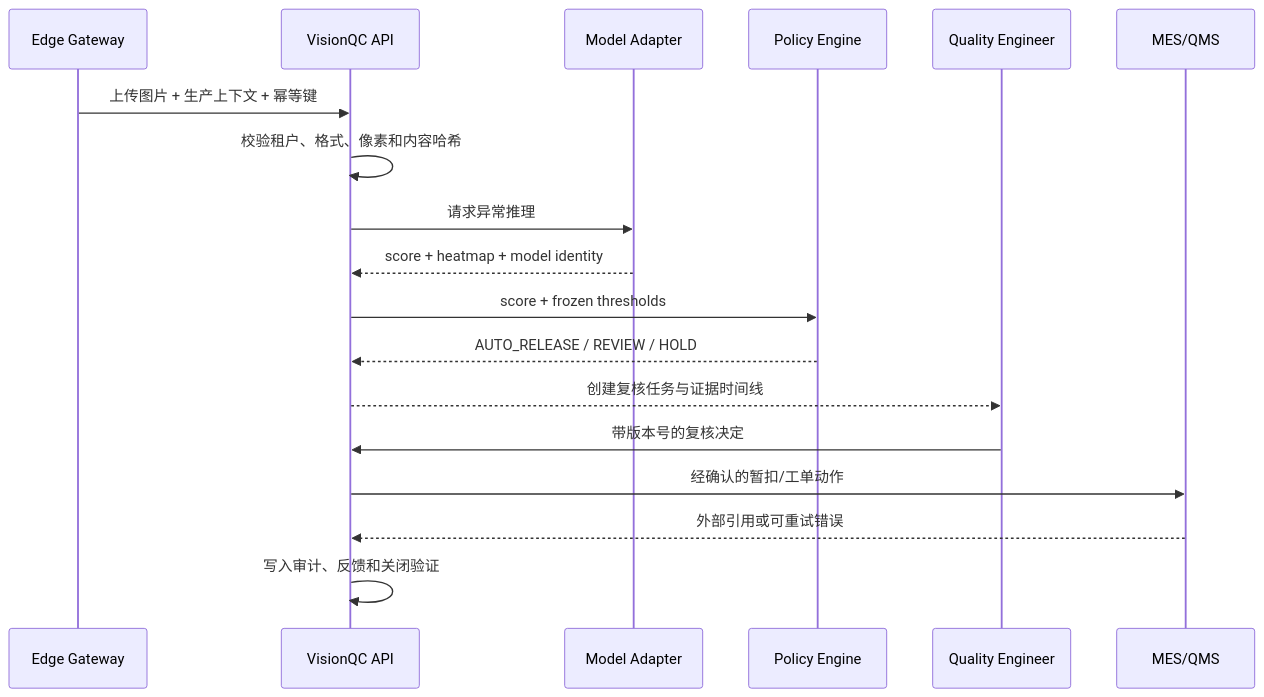
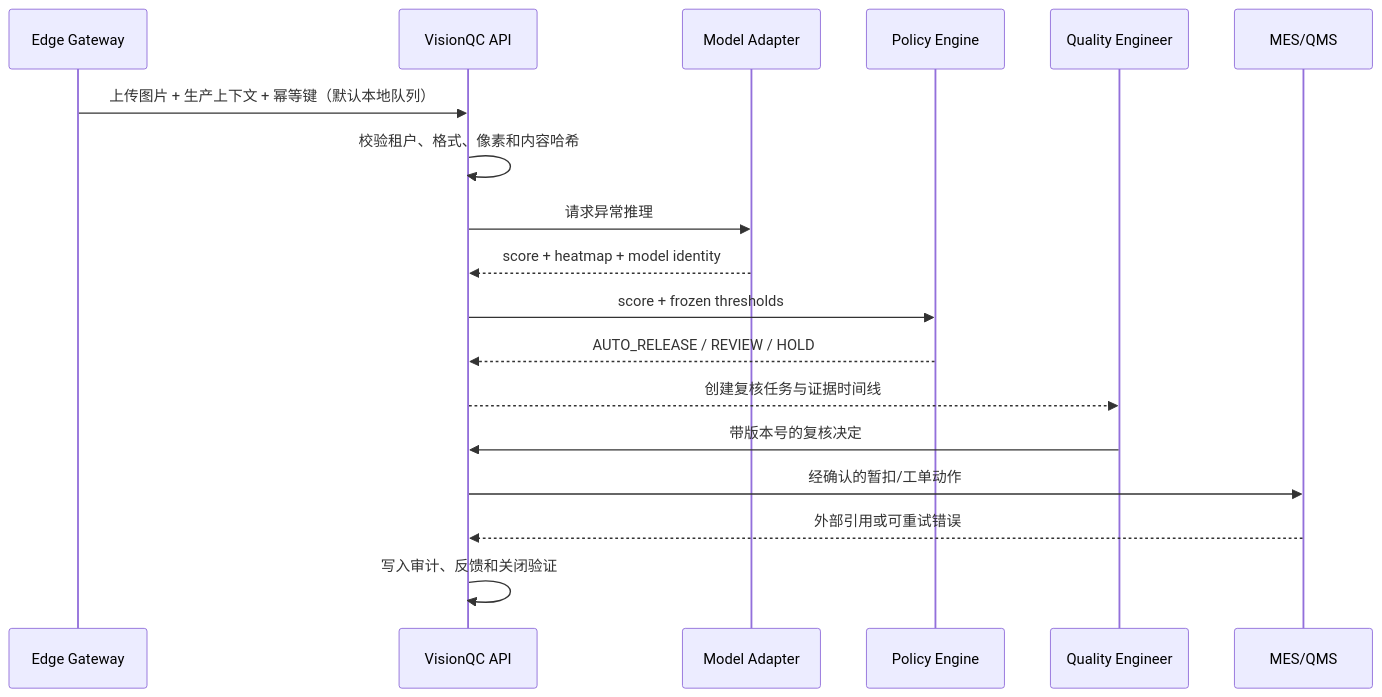
Before and after one commit to wangkeyu-u/VisionQC: the second of 3 diagrams in docs/ARCHITECTURE.md, drawn with Mermaid. The commit also changed other lines of this file and 20 other files, not shown here.

````diff
--- a/docs/ARCHITECTURE.md
+++ b/docs/ARCHITECTURE.md
@@ -50,21 +52,21 @@
 ```mermaid
 sequenceDiagram
     participant G as Edge Gateway
     participant A as VisionQC API
     participant M as Model Adapter
     participant P as Policy Engine
     participant Q as Quality Engineer
     participant E as MES/QMS
 
-    G->>A: 上传图片 + 生产上下文 + 幂等键
+    G->>A: 上传图片 + 生产上下文 + 幂等键（默认本地队列）
     A->>A: 校验租户、格式、像素和内容哈希
     A->>M: 请求异常推理
     M-->>A: score + heatmap + model identity
     A->>P: score + frozen thresholds
     P-->>A: AUTO_RELEASE / REVIEW / HOLD
     A-->>Q: 创建复核任务与证据时间线
     Q->>A: 带版本号的复核决定
     A->>E: 经确认的暂扣/工单动作
     E-->>A: 外部引用或可重试错误
     A->>A: 写入审计、反馈和关闭验证
 ```
````
